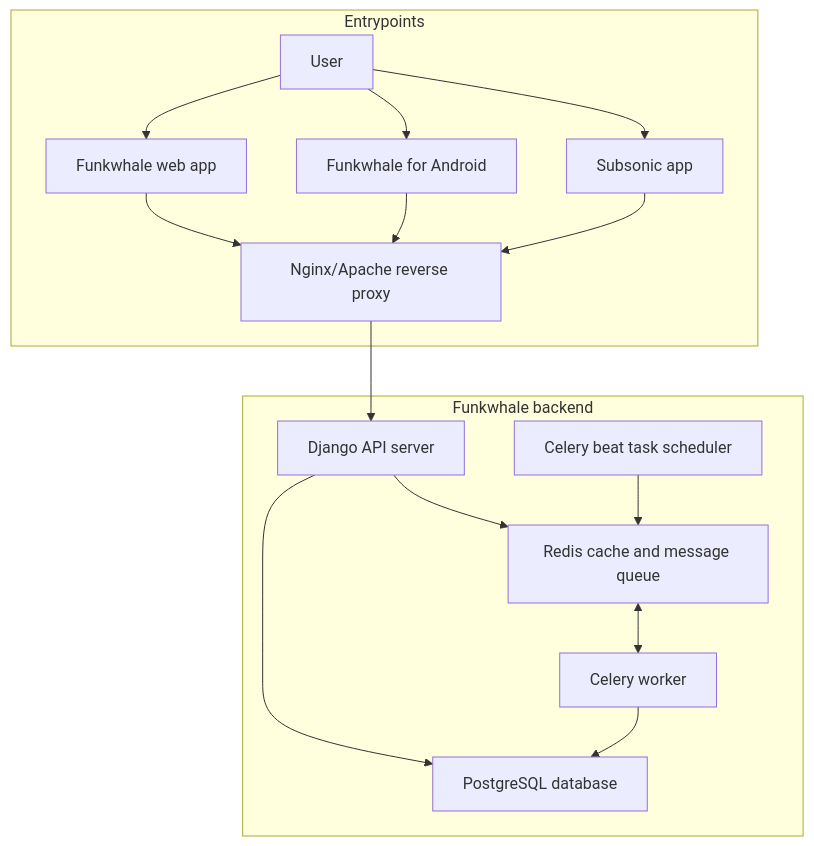
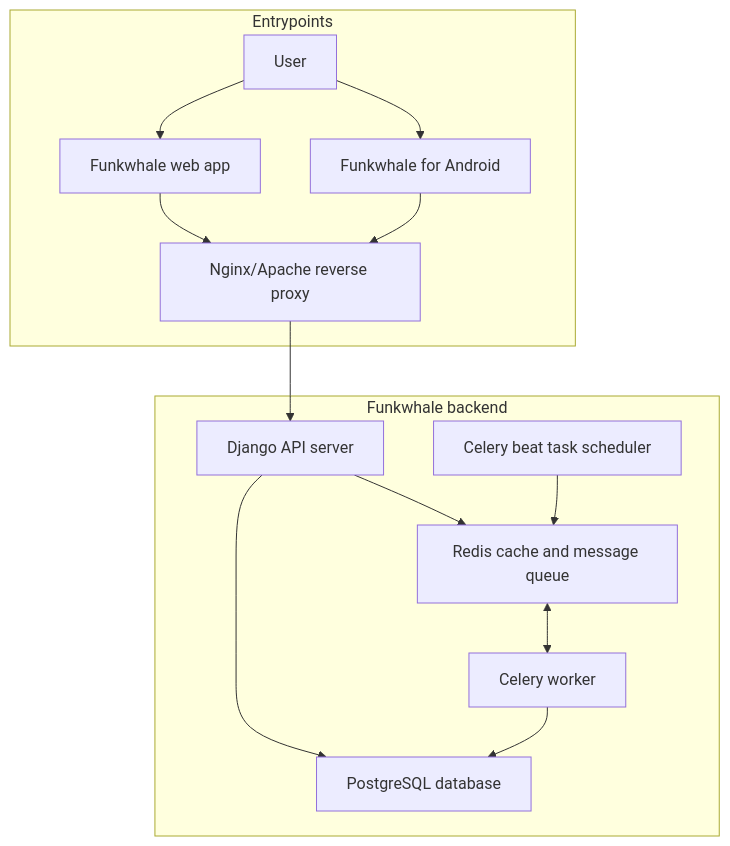
The diagram in docs/developer/architecture.md (LorenDB/tayra), drawn with Mermaid before and after one commit. The commit also changed other lines of this file and 626 other files, not shown here.

````diff
--- a/docs/developer/architecture.md
+++ b/docs/developer/architecture.md
@@ -7,21 +7,19 @@
 ```{mermaid}
    flowchart TD
       accTitle: Funkwhale data flow diagram
       accDescr: A diagram showing the components of the Funkwhale app and how data flows through each component.
       subgraph Entrypoints
       user[User] --> frontend[Funkwhale web app]
       user --> ffa[Funkwhale for Android]
-      user --> subsonic[Subsonic app]
       frontend --> proxy[Nginx/Apache reverse proxy]
       ffa --> proxy
-      subsonic --> proxy
       end
       subgraph Funkwhale backend
       proxy --> api[Django API server]
       api --> db[PostgreSQL database]
       api --> redis[Redis cache and message queue]
       beat[Celery beat task scheduler] --> redis
       redis <--> celery[Celery worker]
       celery --> db
       end
 ```
````
